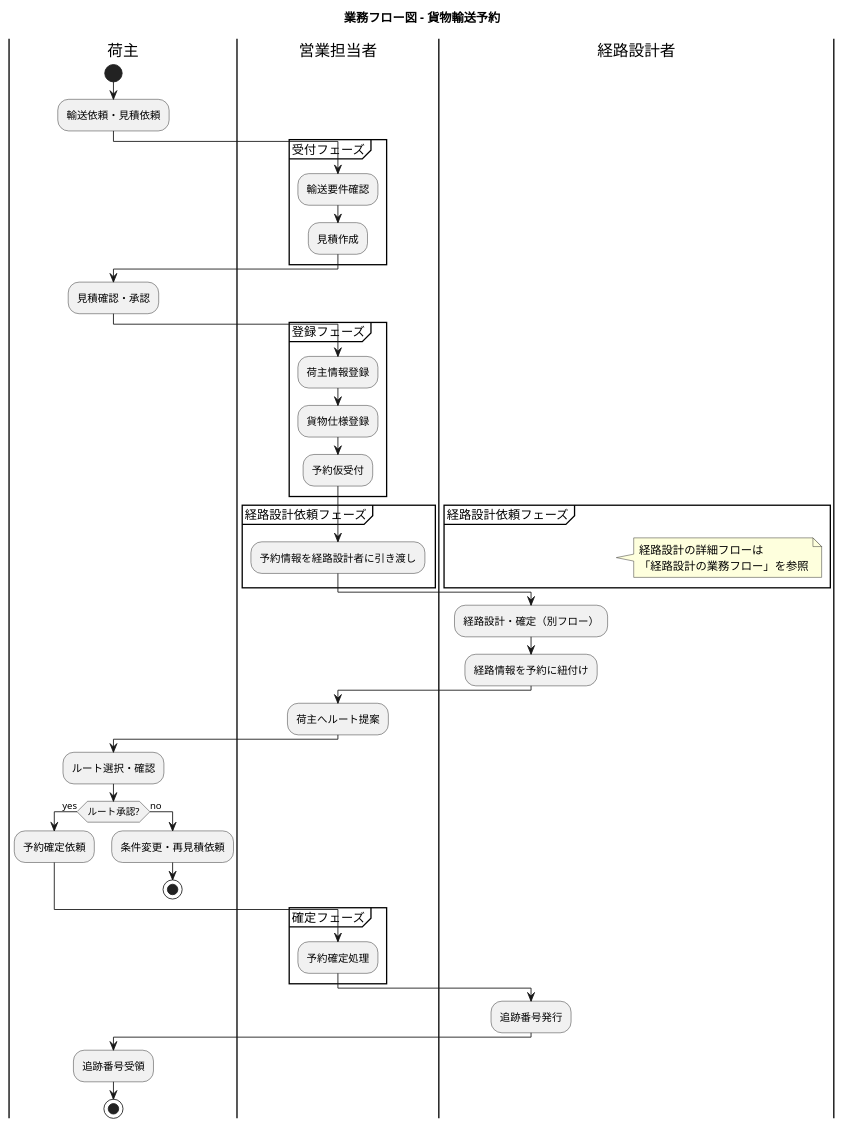
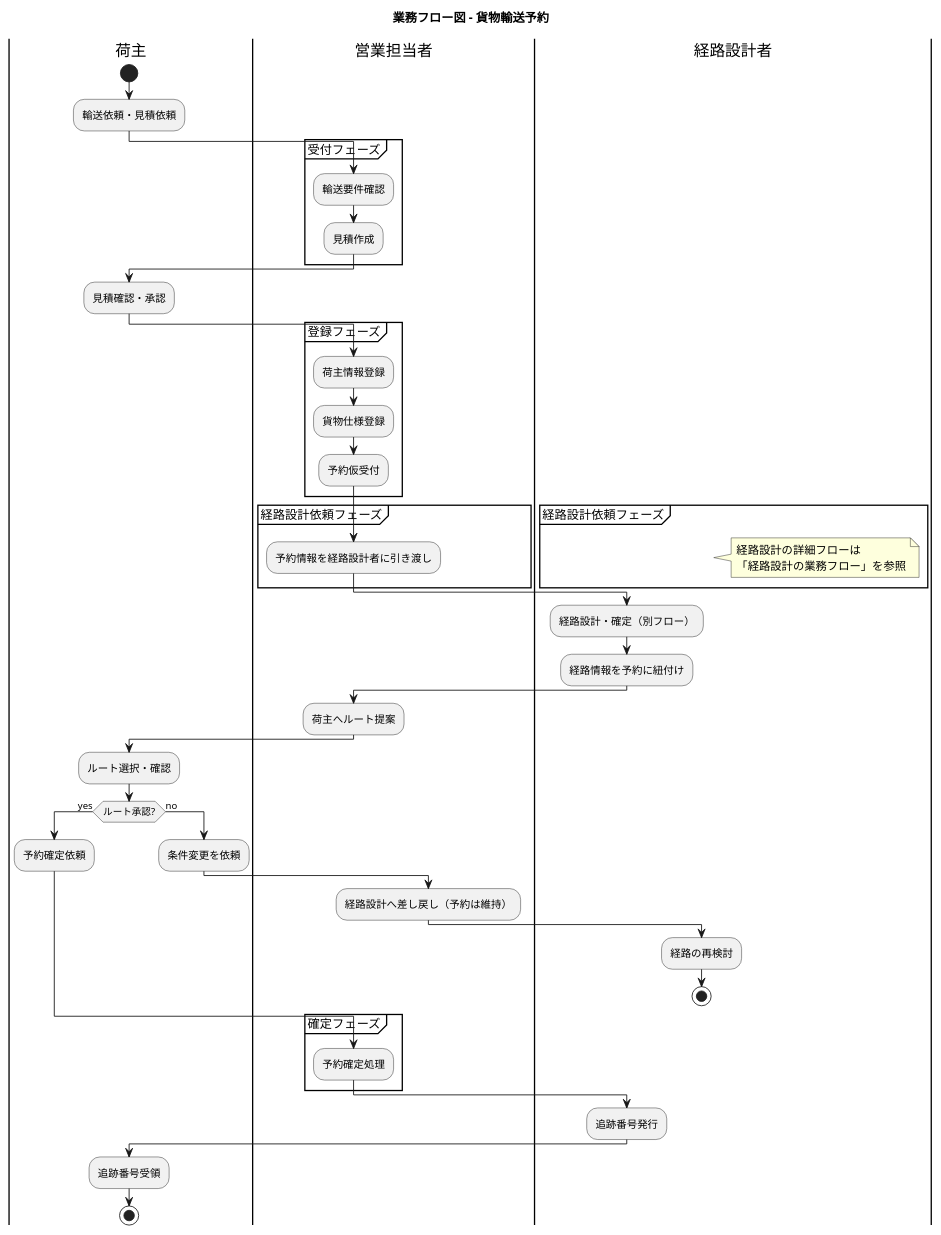
One commit to k2works/case-study-cargo-tracker changed the eighth of 21 diagrams in docs/requirements/requirements_definition.md. Above: the diagram before and after it, drawn with PlantUML. The commit also changed 2 other files, not shown here.

Commit message:
docs(requirements): 設計レビューの差し戻しを反映
- user_story: description の件数を US31 に訂正、US31 の見出しを US30 の後へ、US06/US13 の「経路設計中」を「経路提案中」に統一、通知の送信基盤はスコープ外である注記を追加
- requirements_definition: 荷主がルートを承認しない場合は再見積で止めず経路設計へ差し戻す（予約は維持）よう業務フロー図を設計に合わせる
- .gitignore: IDE 生成物 *.iml を除外

````diff
--- a/docs/requirements/requirements_definition.md
+++ b/docs/requirements/requirements_definition.md
@@ -434,64 +434,68 @@
 ```plantuml
 @startuml
 
 title 業務フロー図 - 貨物輸送予約
 
 |荷主|
 start
 :輸送依頼・見積依頼;
 
 |営業担当者|
 partition 受付フェーズ {
   :輸送要件確認;
   :見積作成;
 }
 
 |荷主|
 :見積確認・承認;
 
 |営業担当者|
 partition 登録フェーズ {
   :荷主情報登録;
   :貨物仕様登録;
   :予約仮受付;
 }
 
 |営業担当者|
 partition 経路設計依頼フェーズ {
   :予約情報を経路設計者に引き渡し;
 }
 
 |経路設計者|
 note right
   経路設計の詳細フローは
   「経路設計の業務フロー」を参照
 end note
 :経路設計・確定（別フロー）;
 :経路情報を予約に紐付け;
 
 |営業担当者|
 :荷主へルート提案;
 
 |荷主|
 :ルート選択・確認;
 if (ルート承認?) then (yes)
   :予約確定依頼;
 else (no)
-  :条件変更・再見積依頼;
+  :条件変更を依頼;
+  |営業担当者|
+  :経路設計へ差し戻し（予約は維持）;
+  |経路設計者|
+  :経路の再検討;
   stop
 endif
 
 |営業担当者|
 partition 確定フェーズ {
   :予約確定処理;
 }
 
 |経路設計者|
 :追跡番号発行;
 
 |荷主|
 :追跡番号受領;
 stop
 
 @enduml
 ```
````
